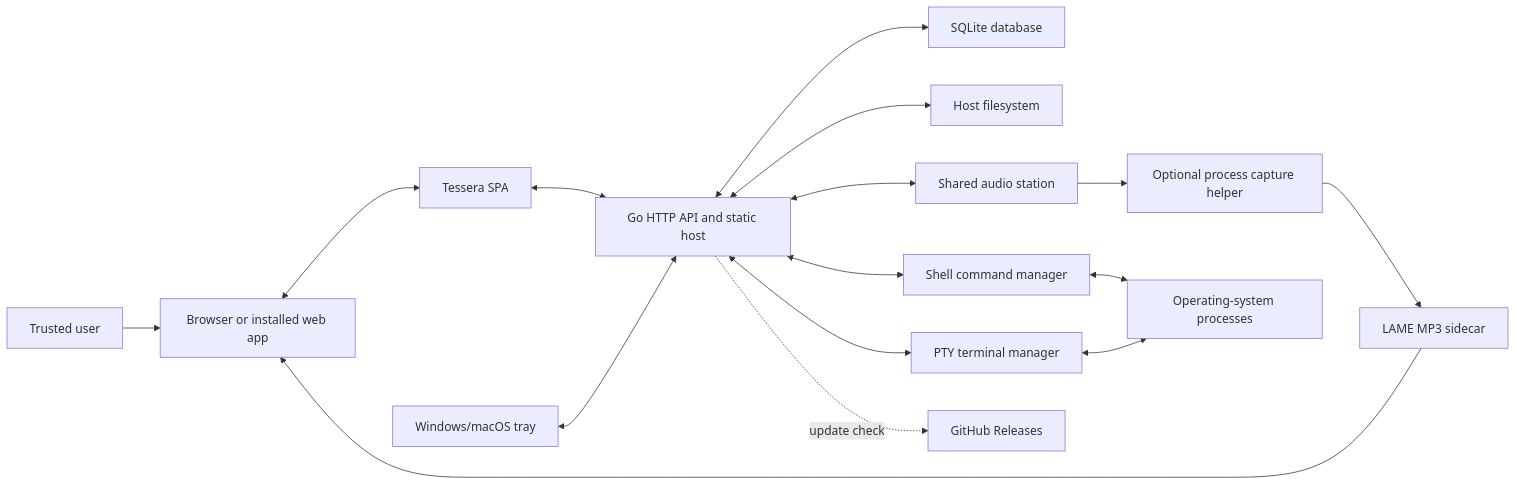
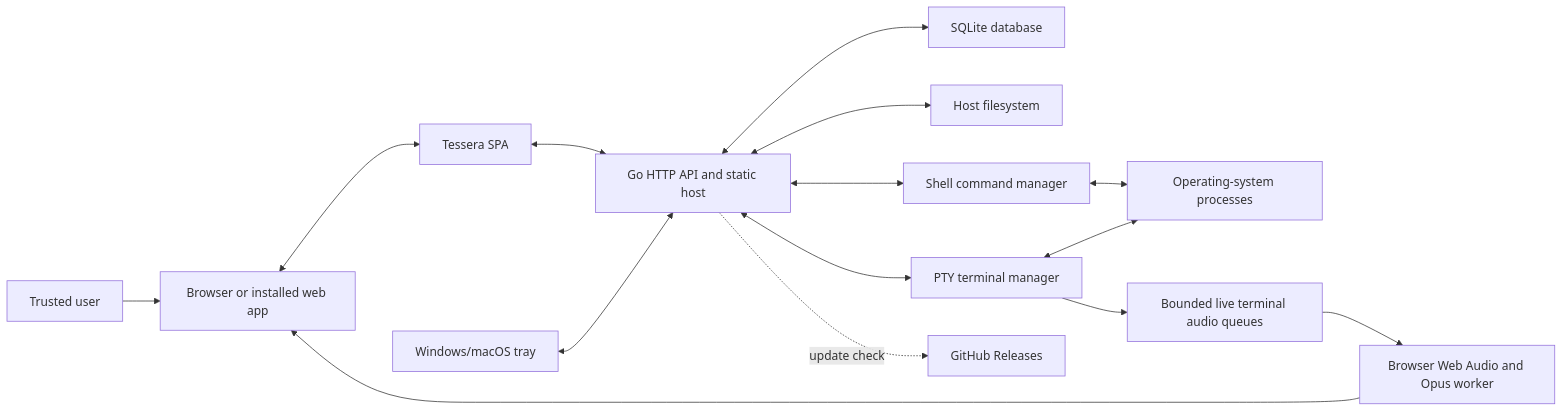
The diagram in ARCHITECTURE.md (umpecca/tessera), drawn with Mermaid before and after one commit. The commit also changed other lines of this file and 106 other files, not shown here.

````diff
--- a/ARCHITECTURE.md
+++ b/ARCHITECTURE.md
@@ -98,18 +103,17 @@
 ```mermaid
 flowchart LR
   USER["Trusted user"] --> BROWSER["Browser or installed web app"]
   BROWSER <--> SPA["Tessera SPA"]
   SPA <--> API["Go HTTP API and static host"]
   API <--> DB["SQLite database"]
   API <--> FS["Host filesystem"]
   API <--> RUNS["Shell command manager"]
   API <--> PTY["PTY terminal manager"]
-  API <--> AUDIO["Shared audio station"]
-  AUDIO --> CAPTURE["Optional process capture helper"]
-  CAPTURE --> LAME["LAME MP3 sidecar"]
-  LAME --> BROWSER
   RUNS <--> OS["Operating-system processes"]
   PTY <--> OS
+  PTY --> EFFECTS["Bounded live terminal audio queues"]
+  EFFECTS --> PLAYBACK["Browser Web Audio and Opus worker"]
+  PLAYBACK --> BROWSER
   API -. update check .-> GH["GitHub Releases"]
   TRAY["Windows/macOS tray"] <--> API
 ```
````
